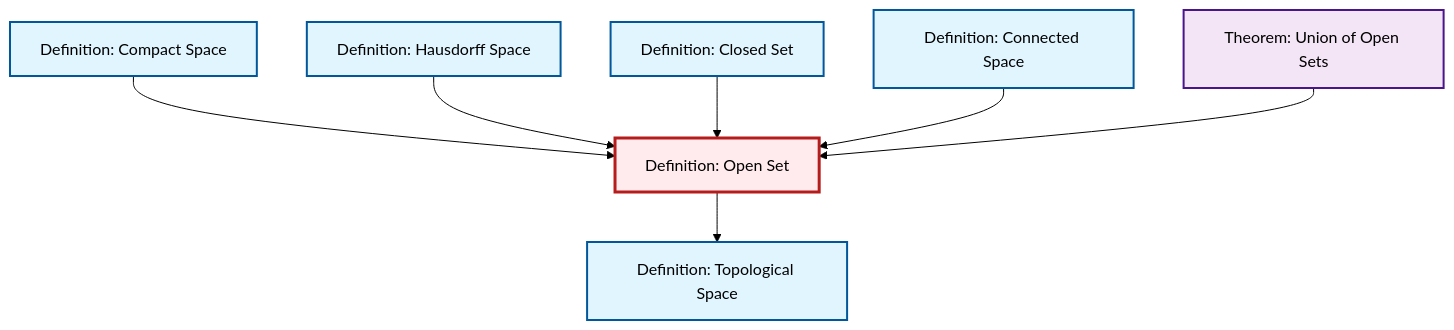
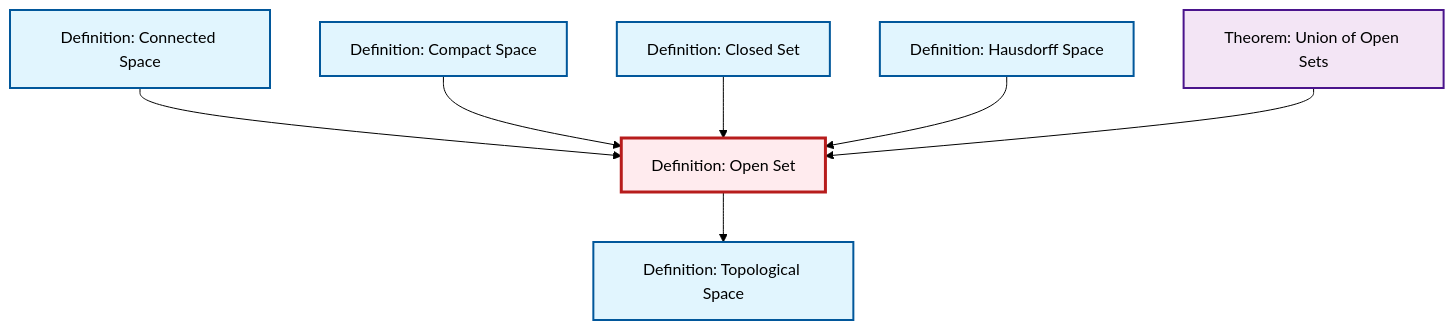
Before and after one commit to RK0429/ModernMath: the diagram in content/en/topology/def-open-set.qmd, drawn with Mermaid (forest theme). The commit also changed other lines of this file and 434 other files, not shown here.

````diff
--- a/content/en/topology/def-open-set.qmd
+++ b/content/en/topology/def-open-set.qmd
@@ -53,29 +53,29 @@
 ```{mermaid}
 %%| fig-cap: "Local dependency graph"
 graph TD
     classDef definition fill:#e1f5fe,stroke:#01579b,stroke-width:2px
     classDef theorem fill:#f3e5f5,stroke:#4a148c,stroke-width:2px
     classDef axiom fill:#fff3e0,stroke:#e65100,stroke-width:2px
     classDef example fill:#e8f5e9,stroke:#1b5e20,stroke-width:2px
     classDef current fill:#ffebee,stroke:#b71c1c,stroke-width:3px
     def-topological-space["Definition: Topological Space"]:::definition
+    def-closed-set["Definition: Closed Set"]:::definition
     thm-union-open-sets["Theorem: Union of Open Sets"]:::theorem
+    def-connected["Definition: Connected Space"]:::definition
+    def-open-set["Definition: Open Set"]:::definition
     def-hausdorff["Definition: Hausdorff Space"]:::definition
     def-compact["Definition: Compact Space"]:::definition
-    def-open-set["Definition: Open Set"]:::definition
-    def-connected["Definition: Connected Space"]:::definition
-    def-closed-set["Definition: Closed Set"]:::definition
-    def-compact --> def-open-set
-    def-hausdorff --> def-open-set
-    def-closed-set --> def-open-set
     def-open-set --> def-topological-space
     def-connected --> def-open-set
+    def-compact --> def-open-set
+    def-closed-set --> def-open-set
+    def-hausdorff --> def-open-set
     thm-union-open-sets --> def-open-set
     class def-open-set current
     click def-topological-space "def-topological-space.html" "Go to Topological Space definition"
+    click def-closed-set "def-closed-set.html" "Go to Closed Set definition"
     click thm-union-open-sets "thm-union-open-sets.html" "Go to Union of Open Sets theorem"
+    click def-connected "def-connected.html" "Go to Connected Space definition"
     click def-hausdorff "def-hausdorff.html" "Go to Hausdorff Space definition"
     click def-compact "def-compact.html" "Go to Compact Space definition"
-    click def-connected "def-connected.html" "Go to Connected Space definition"
-    click def-closed-set "def-closed-set.html" "Go to Closed Set definition"
 ```
````
